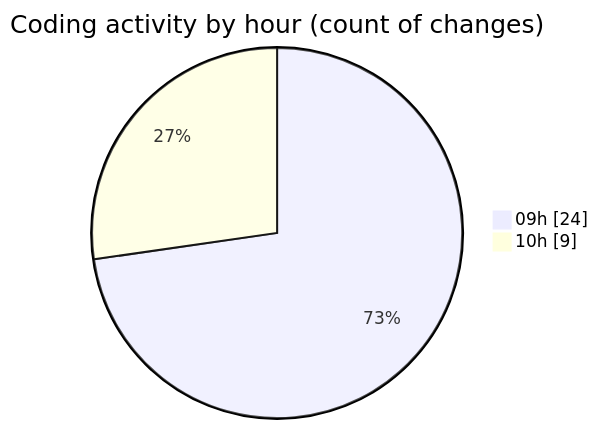
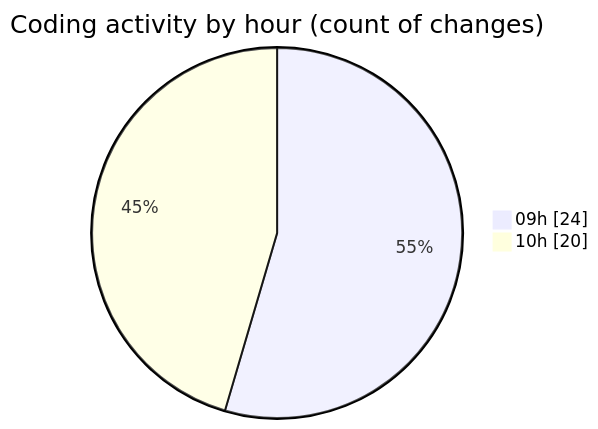
Before and after one commit to momahboobian/code-tracking: the second of 2 diagrams in 2025-12-09/cda/README.md, drawn with Mermaid. The commit also changed other lines of this file and 1 other file, not shown here.

````diff
--- a/2025-12-09/cda/README.md
+++ b/2025-12-09/cda/README.md
@@ -31,6 +31,6 @@
 ```mermaid
 pie showData
 title Coding activity by hour (count of changes)
 "09h" : 24
-"10h" : 9
+"10h" : 20
 ```
````
